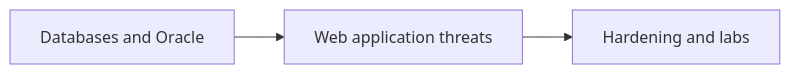
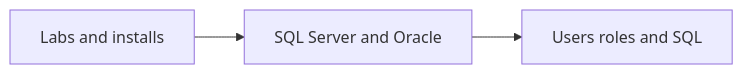
Before and after one commit to Jkbarros/ia385-database-web-application-security: the diagram in README.md, drawn with Mermaid. The commit also changed other lines of this file and 12 other files, not shown here.

````diff
--- a/README.md
+++ b/README.md
@@ -23,7 +32,7 @@
 ```mermaid
 flowchart LR
-  DB[Databases and Oracle]
-  W[Web application threats]
-  H[Hardening and labs]
-  DB --> W --> H
+  L[Labs and installs]
+  DB[SQL Server and Oracle]
+  H[Users roles and SQL]
+  L --> DB --> H
 ```
````
